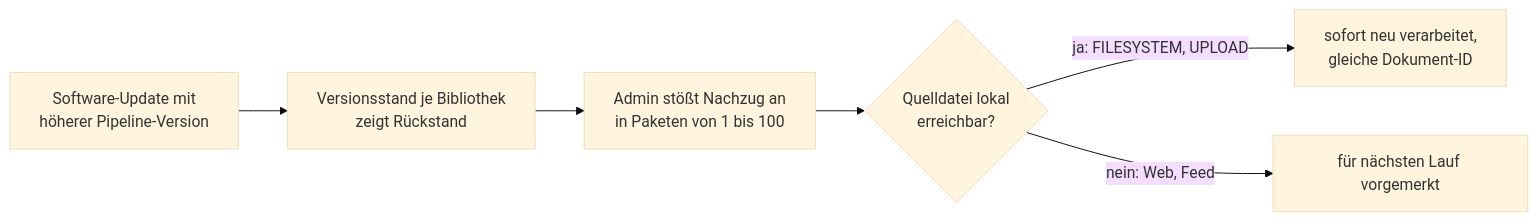
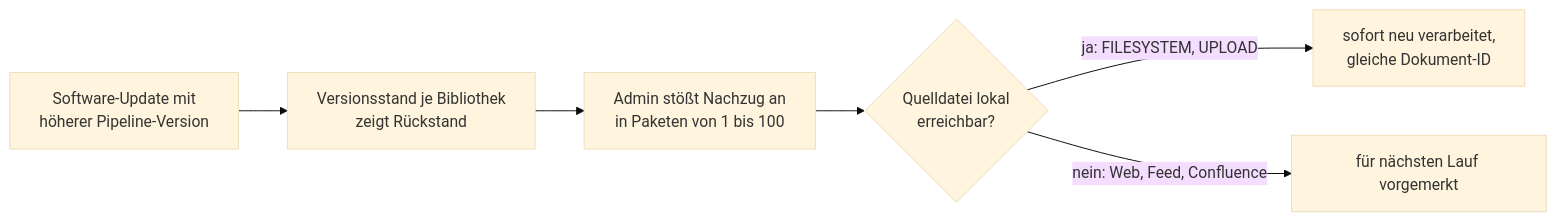
Before and after one commit to criew/opaa: the seventh of 7 diagrams in docs/handbuch/indexierung.md, drawn with Mermaid (base theme). The commit also changed other lines of this file and 8 other files, not shown here.

````diff
--- a/docs/handbuch/indexierung.md
+++ b/docs/handbuch/indexierung.md
@@ -515,8 +558,8 @@
 ```mermaid
 flowchart LR
     U[Software-Update mit<br/>höherer Pipeline-Version] --> V[Versionsstand je Bibliothek<br/>zeigt Rückstand]
     V --> A[Admin stößt Nachzug an<br/>in Paketen von 1 bis 100]
     A --> L{Quelldatei lokal<br/>erreichbar?}
     L -- ja: FILESYSTEM, UPLOAD --> N[sofort neu verarbeitet,<br/>gleiche Dokument-ID]
-    L -- nein: Web, Feed --> M[für nächsten Lauf vorgemerkt]
+    L -- nein: Web, Feed, Confluence --> M[für nächsten Lauf vorgemerkt]
 ```
````
